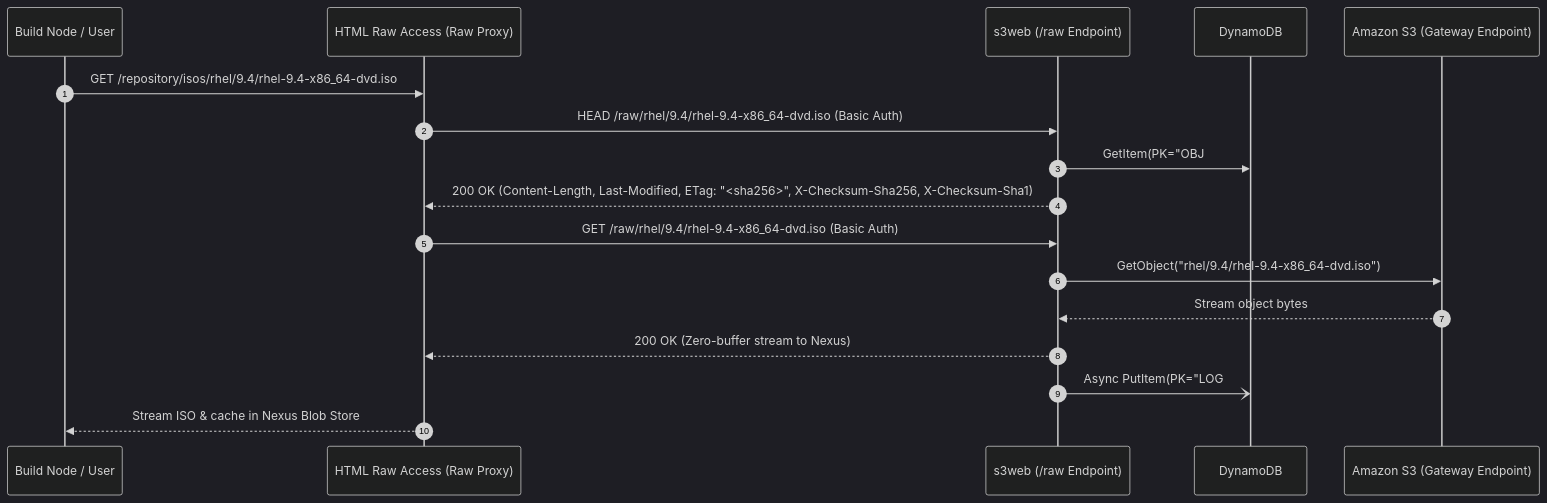
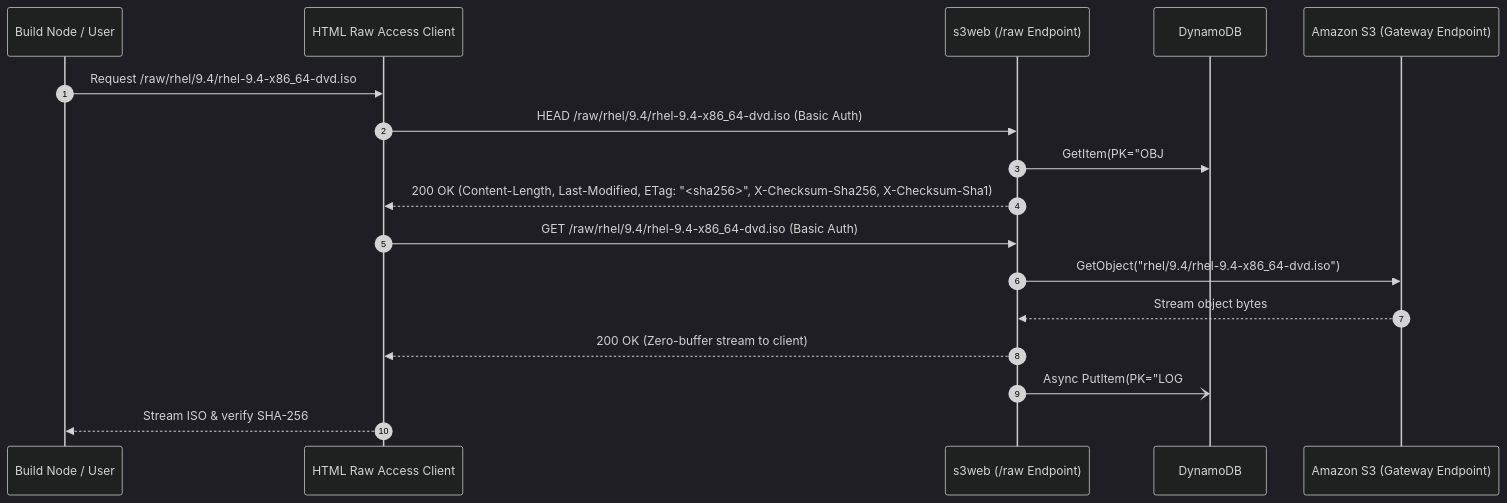
Before and after one commit to jamesbspencer/s3web: the second of 3 diagrams in DESIGN.md, drawn with Mermaid (dark theme). The commit also changed other lines of this file and 13 other files, not shown here.

Commit message:
Disable anonymous access, add local user lifecycle, and remediate code review findings

````diff
--- a/DESIGN.md
+++ b/DESIGN.md
@@ -193,20 +194,20 @@
 ```mermaid
 sequenceDiagram
     autonumber
     participant User as Build Node / User
-    participant Nexus as HTML Raw Access (Raw Proxy)
+    participant RawClient as HTML Raw Access Client
     participant S3Web as s3web (/raw Endpoint)
     participant DDB as DynamoDB
     participant S3 as Amazon S3 (Gateway Endpoint)
 
-    User->>Nexus: GET /repository/isos/rhel/9.4/rhel-9.4-x86_64-dvd.iso
-    Nexus->>S3Web: HEAD /raw/rhel/9.4/rhel-9.4-x86_64-dvd.iso (Basic Auth)
+    User->>RawClient: Request /raw/rhel/9.4/rhel-9.4-x86_64-dvd.iso
+    RawClient->>S3Web: HEAD /raw/rhel/9.4/rhel-9.4-x86_64-dvd.iso (Basic Auth)
     S3Web->>DDB: GetItem(PK="OBJ#rhel/9.4/rhel-9.4-x86_64-dvd.iso", SK="META")
-    S3Web-->>Nexus: 200 OK (Content-Length, Last-Modified, ETag: "<sha256>", X-Checksum-Sha256, X-Checksum-Sha1)
-    Nexus->>S3Web: GET /raw/rhel/9.4/rhel-9.4-x86_64-dvd.iso (Basic Auth)
+    S3Web-->>RawClient: 200 OK (Content-Length, Last-Modified, ETag: "<sha256>", X-Checksum-Sha256, X-Checksum-Sha1)
+    RawClient->>S3Web: GET /raw/rhel/9.4/rhel-9.4-x86_64-dvd.iso (Basic Auth)
     S3Web->>S3: GetObject("rhel/9.4/rhel-9.4-x86_64-dvd.iso")
     S3-->>S3Web: Stream object bytes
-    S3Web-->>Nexus: 200 OK (Zero-buffer stream to Nexus)
+    S3Web-->>RawClient: 200 OK (Zero-buffer stream to client)
     S3Web-)DDB: Async PutItem(PK="LOG#rhel/9.4/rhel-9.4-x86_64-dvd.iso", Actor="svc-raw-access", Action="DOWNLOAD")
-    Nexus-->>User: Stream ISO & cache in Nexus Blob Store
+    RawClient-->>User: Stream ISO & verify SHA-256
 ```
````
